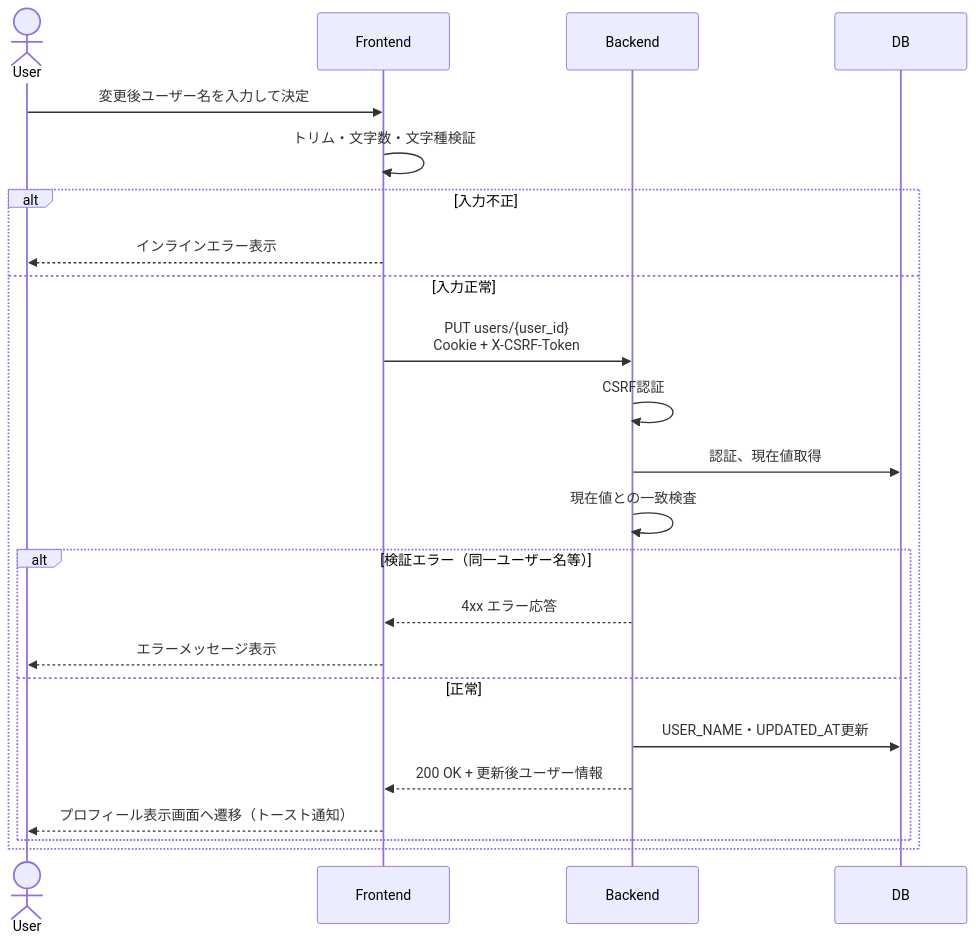
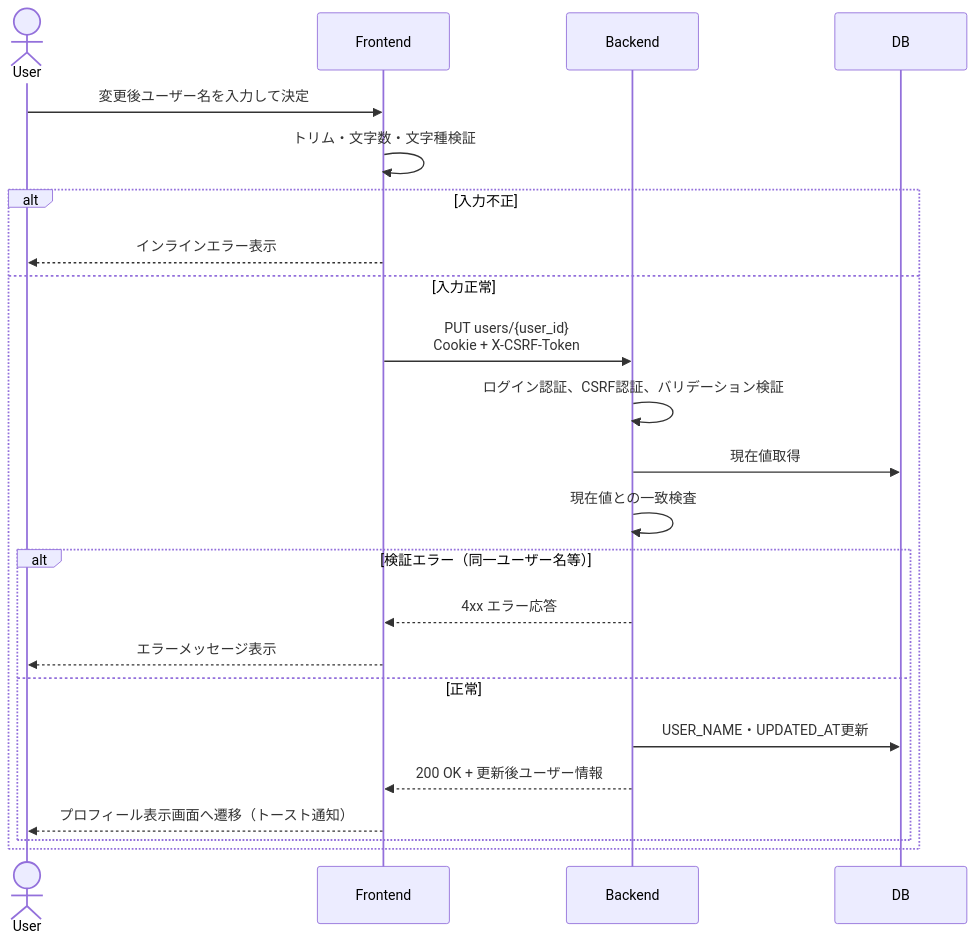
One commit to TUS-TI-dev-team/SyncTask changed the first of 3 diagrams in docs/design/process_design/02_account_edit.md. Above: the diagram before and after it, drawn with Mermaid.

Commit message:
Refine backend process for account editing

````diff
--- a/docs/design/process_design/02_account_edit.md
+++ b/docs/design/process_design/02_account_edit.md
@@ -29,25 +29,25 @@
 ```mermaid
 sequenceDiagram
     actor User
     participant Frontend
     participant Backend
     participant DB
     User->>Frontend: 変更後ユーザー名を入力して決定
     Frontend->>Frontend: トリム・文字数・文字種検証
     alt 入力不正
         Frontend-->>User: インラインエラー表示
     else 入力正常
         Frontend->>Backend: PUT users/{user_id}<br/>Cookie + X-CSRF-Token
-        Backend->>Backend: CSRF認証
-        Backend->>DB: 認証、現在値取得
+        Backend->>Backend: ログイン認証、CSRF認証、バリデーション検証
+        Backend->>DB: 現在値取得
         Backend->>Backend: 現在値との一致検査
         alt 検証エラー（同一ユーザー名等）
             Backend-->>Frontend: 4xx エラー応答
             Frontend-->>User: エラーメッセージ表示
         else 正常
             Backend->>DB: USER_NAME・UPDATED_AT更新
             Backend-->>Frontend: 200 OK + 更新後ユーザー情報
             Frontend-->>User: プロフィール表示画面へ遷移（トースト通知）
         end
     end
 ```
````
